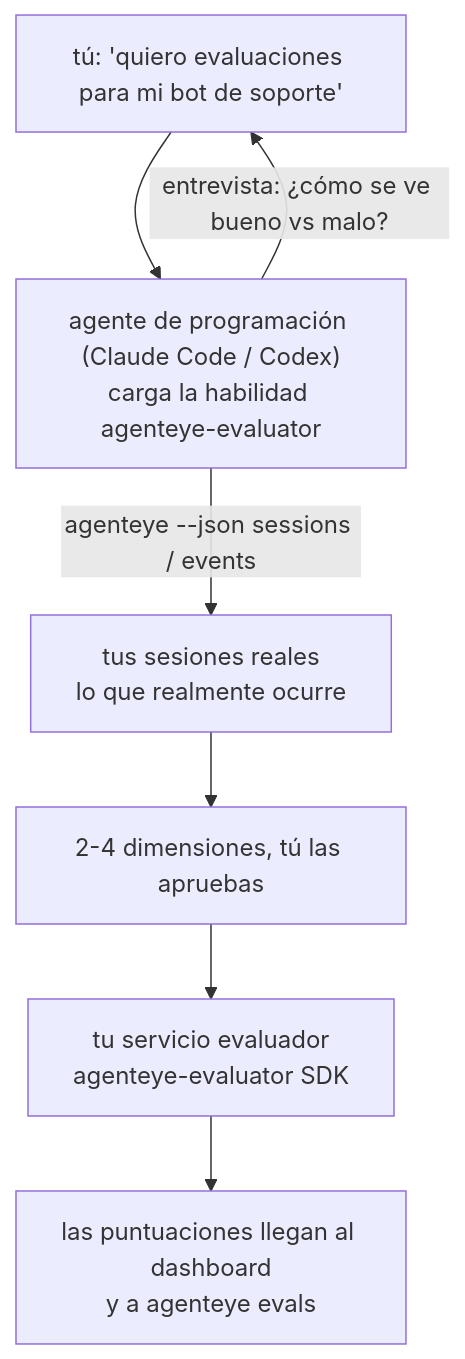
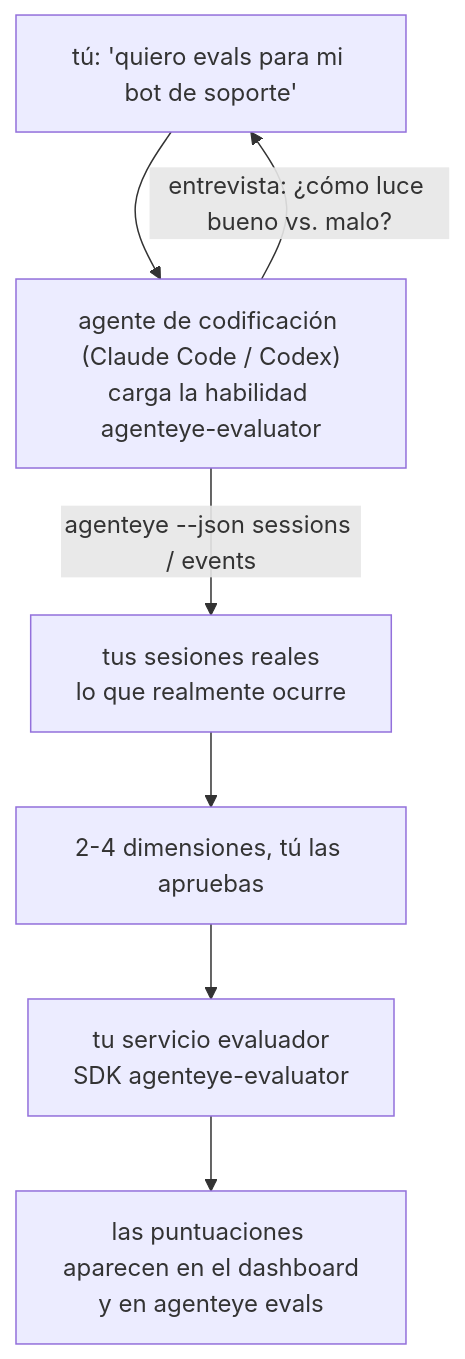
One commit to FailproofAI/failproofai changed the diagram in docs/es/agenteye/evaluator-skill.mdx. Above: the diagram before and after it, drawn with Mermaid. The commit also changed other lines of this file and 650 other files, not shown here.

````diff
--- a/docs/es/agenteye/evaluator-skill.mdx
+++ b/docs/es/agenteye/evaluator-skill.mdx
@@ -21,9 +21,9 @@
 ```mermaid
 flowchart TD
-    YOU["tú: 'quiero evaluaciones para mi bot de soporte'"] --> AGENT["agente de programación (Claude Code / Codex)<br/>carga la habilidad agenteye-evaluator"]
-    AGENT -->|"entrevista: ¿cómo se ve bueno vs malo?"| YOU
+    YOU["tú: 'quiero evals para mi bot de soporte'"] --> AGENT["agente de codificación (Claude Code / Codex)<br/>carga la habilidad agenteye-evaluator"]
+    AGENT -->|"entrevista: ¿cómo luce bueno vs. malo?"| YOU
     AGENT -->|"agenteye --json sessions / events"| DATA["tus sesiones reales<br/>lo que realmente ocurre"]
     DATA --> DIMS["2-4 dimensiones, tú las apruebas"]
-    DIMS --> SVC["tu servicio evaluador<br/>agenteye-evaluator SDK"]
-    SVC --> SCORES["las puntuaciones llegan al dashboard<br/>y a agenteye evals"]
+    DIMS --> SVC["tu servicio evaluador<br/>SDK agenteye-evaluator"]
+    SVC --> SCORES["las puntuaciones aparecen en el dashboard<br/>y en agenteye evals"]
 ```
````
